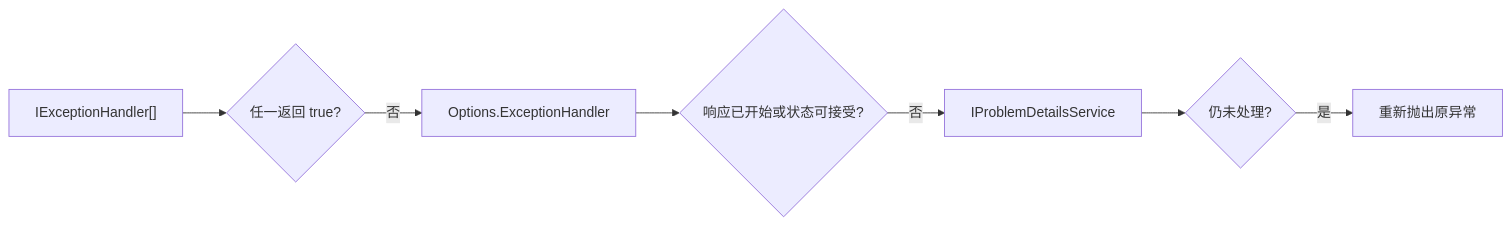
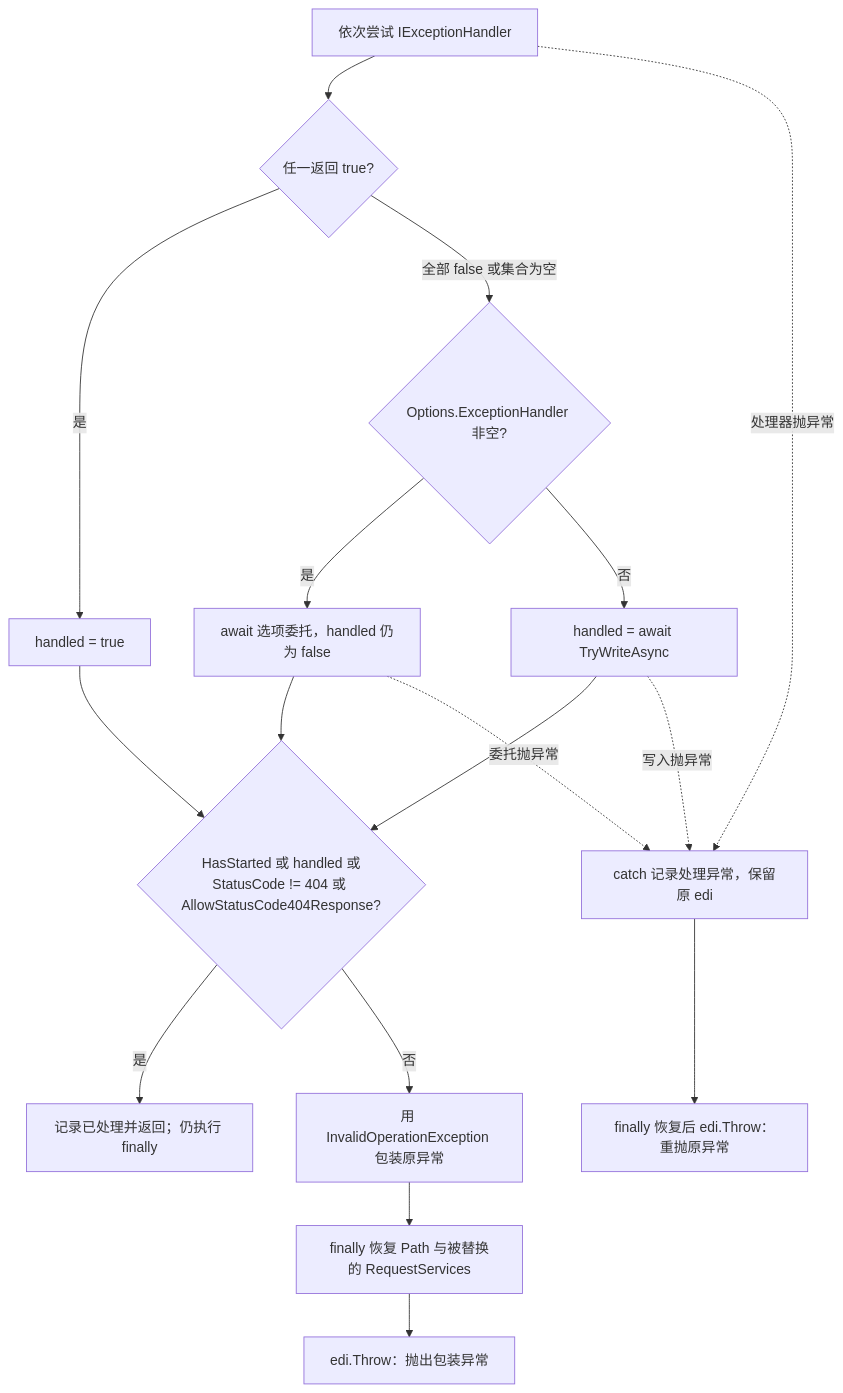
One commit to AlexKuai/SourceCodeLearningNotes changed diagram 11 of 20 in notes/异常处理-源码解读版.md. Above: the diagram before and after it, drawn with Mermaid. The commit also changed other lines of this file and 9 other files, not shown here.

````diff
--- a/notes/异常处理-源码解读版.md
+++ b/notes/异常处理-源码解读版.md
@@ -621,9 +633,19 @@
 ```mermaid
-flowchart LR
-    A["IExceptionHandler[]"] --> B{"任一返回 true?"}
-    B -- "否" --> C["Options.ExceptionHandler"]
-    C --> D{"响应已开始或状态可接受?"}
-    D -- "否" --> E["IProblemDetailsService"]
-    E --> F{"仍未处理?"}
-    F -- "是" --> G["重新抛出原异常"]
+flowchart TD
+    A["依次尝试 IExceptionHandler"] --> B{"任一返回 true?"}
+    B -->|是| H["handled = true"]
+    B -->|全部 false 或集合为空| C{"Options.ExceptionHandler 非空?"}
+    C -->|是| D["await 选项委托，handled 仍为 false"]
+    C -->|否| E["handled = await TryWriteAsync"]
+    H --> F{"HasStarted 或 handled 或<br/>StatusCode != 404 或 AllowStatusCode404Response?"}
+    D --> F
+    E --> F
+    F -->|是| G["记录已处理并返回；仍执行 finally"]
+    F -->|否| I["用 InvalidOperationException 包装原异常"]
+    I --> J["finally 恢复 Path 与被替换的 RequestServices"]
+    J --> K["edi.Throw：抛出包装异常"]
+    A -.->|处理器抛异常| L["catch 记录处理异常，保留原 edi"]
+    D -.->|委托抛异常| L
+    E -.->|写入抛异常| L
+    L --> M["finally 恢复后 edi.Throw：重抛原异常"]
 ```
````
